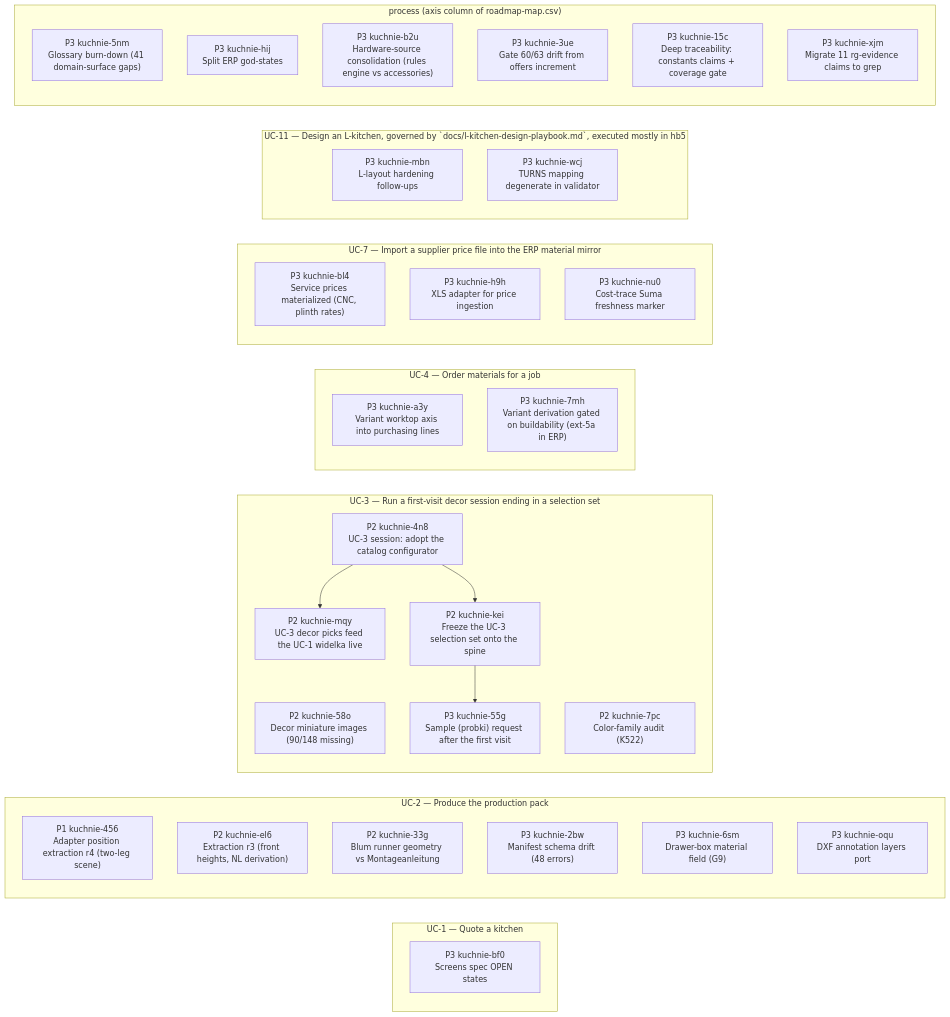
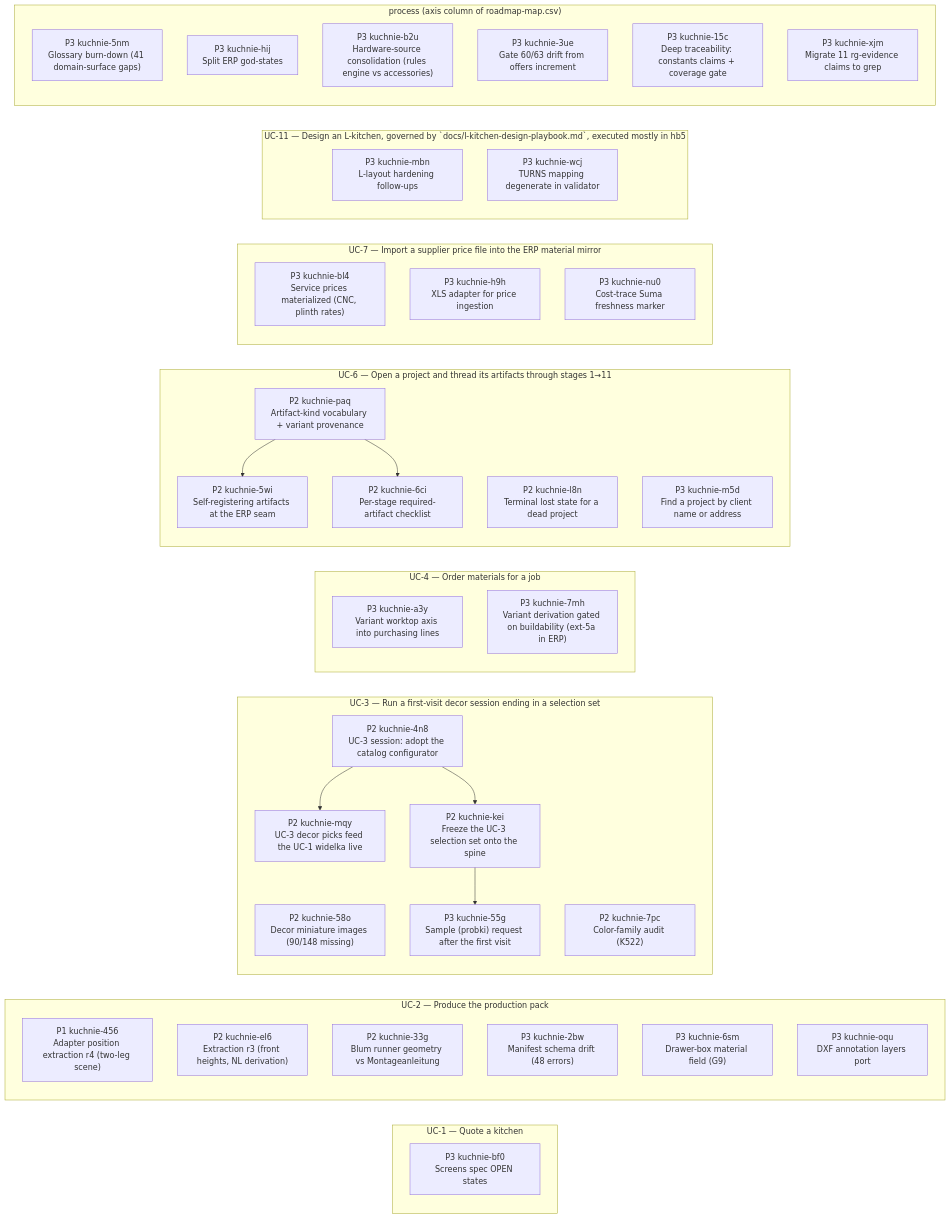
Before and after one commit to m1981/kuchnie: the second of 2 diagrams in STATUS.md, drawn with Mermaid. The commit also changed other lines of this file and 3 other files, not shown here.

````diff
--- a/STATUS.md
+++ b/STATUS.md
@@ -179,46 +198,55 @@
 ```mermaid
 flowchart LR
     subgraph gUC_1 ["UC-1 — Quote a kitchen"]
         u_kuchnie_bf0["P3 kuchnie-bf0<br/>Screens spec OPEN states"]
     end
     subgraph gUC_2 ["UC-2 — Produce the production pack"]
         u_kuchnie_456["P1 kuchnie-456<br/>Adapter position extraction r4 (two-leg scene)"]
         u_kuchnie_el6["P2 kuchnie-el6<br/>Extraction r3 (front heights, NL derivation)"]
         u_kuchnie_33g["P2 kuchnie-33g<br/>Blum runner geometry vs Montageanleitung"]
         u_kuchnie_2bw["P3 kuchnie-2bw<br/>Manifest schema drift (48 errors)"]
         u_kuchnie_6sm["P3 kuchnie-6sm<br/>Drawer-box material field (G9)"]
         u_kuchnie_oqu["P3 kuchnie-oqu<br/>DXF annotation layers port"]
     end
     subgraph gUC_3 ["UC-3 — Run a first-visit decor session ending in a selection set"]
         u_kuchnie_58o["P2 kuchnie-58o<br/>Decor miniature images (90/148 missing)"]
         u_kuchnie_7pc["P2 kuchnie-7pc<br/>Color-family audit (K522)"]
         u_kuchnie_4n8["P2 kuchnie-4n8<br/>UC-3 session: adopt the catalog configurator"]
         u_kuchnie_kei["P2 kuchnie-kei<br/>Freeze the UC-3 selection set onto the spine"]
         u_kuchnie_mqy["P2 kuchnie-mqy<br/>UC-3 decor picks feed the UC-1 widelka live"]
         u_kuchnie_55g["P3 kuchnie-55g<br/>Sample (probki) request after the first visit"]
     end
     subgraph gUC_4 ["UC-4 — Order materials for a job"]
         u_kuchnie_a3y["P3 kuchnie-a3y<br/>Variant worktop axis into purchasing lines"]
         u_kuchnie_7mh["P3 kuchnie-7mh<br/>Variant derivation gated on buildability (ext-5a in ERP)"]
     end
+    subgraph gUC_6 ["UC-6 — Open a project and thread its artifacts through stages 1→11"]
+        u_kuchnie_paq["P2 kuchnie-paq<br/>Artifact-kind vocabulary + variant provenance"]
+        u_kuchnie_6ci["P2 kuchnie-6ci<br/>Per-stage required-artifact checklist"]
+        u_kuchnie_5wi["P2 kuchnie-5wi<br/>Self-registering artifacts at the ERP seam"]
+        u_kuchnie_l8n["P2 kuchnie-l8n<br/>Terminal lost state for a dead project"]
+        u_kuchnie_m5d["P3 kuchnie-m5d<br/>Find a project by client name or address"]
+    end
     subgraph gUC_7 ["UC-7 — Import a supplier price file into the ERP material mirror"]
         u_kuchnie_bl4["P3 kuchnie-bl4<br/>Service prices materialized (CNC, plinth rates)"]
         u_kuchnie_h9h["P3 kuchnie-h9h<br/>XLS adapter for price ingestion"]
         u_kuchnie_nu0["P3 kuchnie-nu0<br/>Cost-trace Suma freshness marker"]
     end
     subgraph gUC_11 ["UC-11 — Design an L-kitchen, governed by `docs/l-kitchen-design-playbook.md`, executed mostly in hb5"]
         u_kuchnie_mbn["P3 kuchnie-mbn<br/>L-layout hardening follow-ups"]
         u_kuchnie_wcj["P3 kuchnie-wcj<br/>TURNS mapping degenerate in validator"]
     end
     subgraph g_none ["process (axis column of roadmap-map.csv)"]
         u_kuchnie_5nm["P3 kuchnie-5nm<br/>Glossary burn-down (41 domain-surface gaps)"]
         u_kuchnie_hij["P3 kuchnie-hij<br/>Split ERP god-states"]
         u_kuchnie_b2u["P3 kuchnie-b2u<br/>Hardware-source consolidation (rules engine vs accessories)"]
         u_kuchnie_3ue["P3 kuchnie-3ue<br/>Gate 60/63 drift from offers increment"]
         u_kuchnie_15c["P3 kuchnie-15c<br/>Deep traceability: constants claims + coverage gate"]
         u_kuchnie_xjm["P3 kuchnie-xjm<br/>Migrate 11 rg-evidence claims to grep"]
     end
+    u_kuchnie_paq --> u_kuchnie_5wi
+    u_kuchnie_paq --> u_kuchnie_6ci
     u_kuchnie_4n8 --> u_kuchnie_mqy
     u_kuchnie_4n8 --> u_kuchnie_kei
     u_kuchnie_kei --> u_kuchnie_55g
 ```
````
